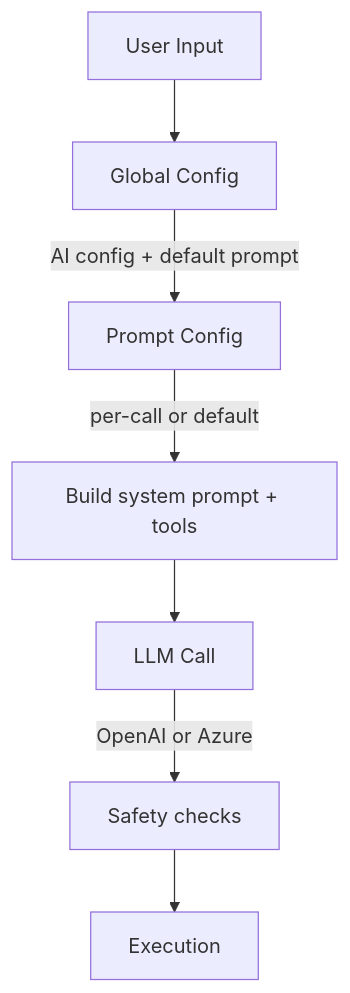
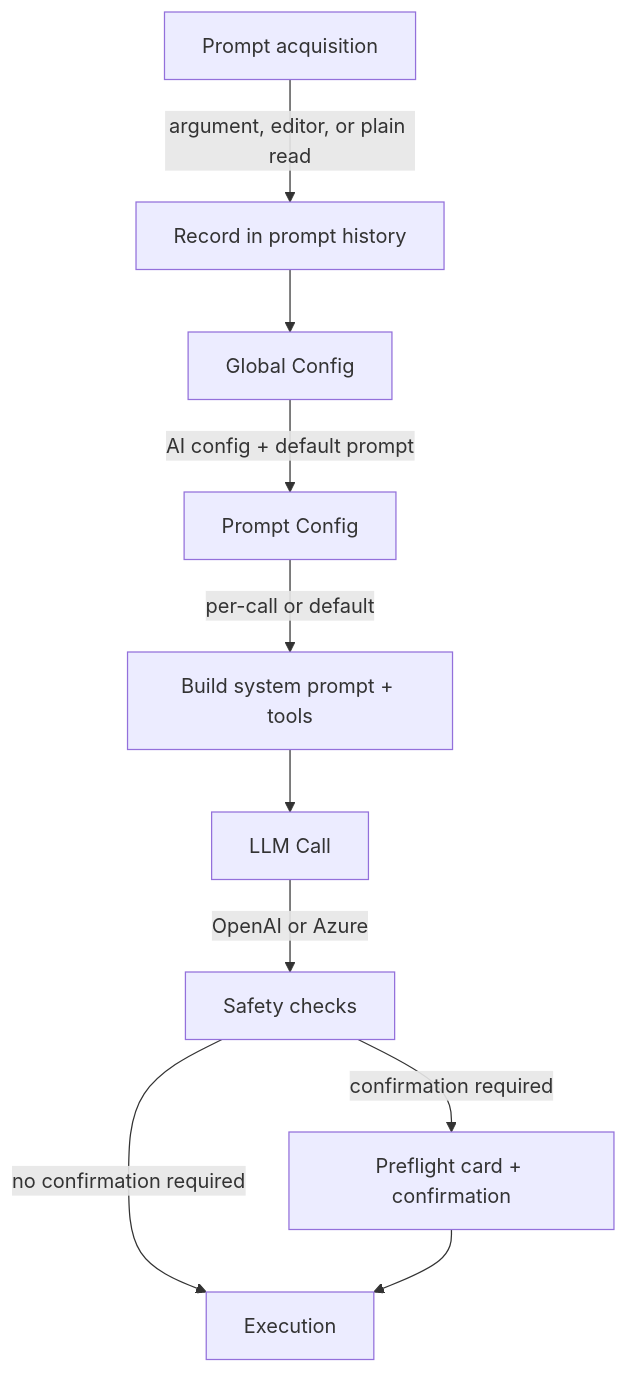
The diagram in docs/TECHSPEC.md (soyrochus/sai), drawn with Mermaid before and after one commit. The commit also changed other lines of this file and 1 other file, not shown here.

````diff
--- a/docs/TECHSPEC.md
+++ b/docs/TECHSPEC.md
@@ -27,9 +29,12 @@
 ```mermaid
 flowchart TD
-    A[User Input] --> B[Global Config]
+    A[Prompt acquisition] --> |argument, editor, or plain read| A2[Record in prompt history]
+    A2 --> B[Global Config]
     B --> |AI config + default prompt| C[Prompt Config]
     C --> |per-call or default| D[Build system prompt + tools]
     D --> E[LLM Call]
     E --> |OpenAI or Azure| F[Safety checks]
-    F --> G[Execution]
+    F --> |confirmation required| G[Preflight card + confirmation]
+    F --> |no confirmation required| H[Execution]
+    G --> H
 ```
````
